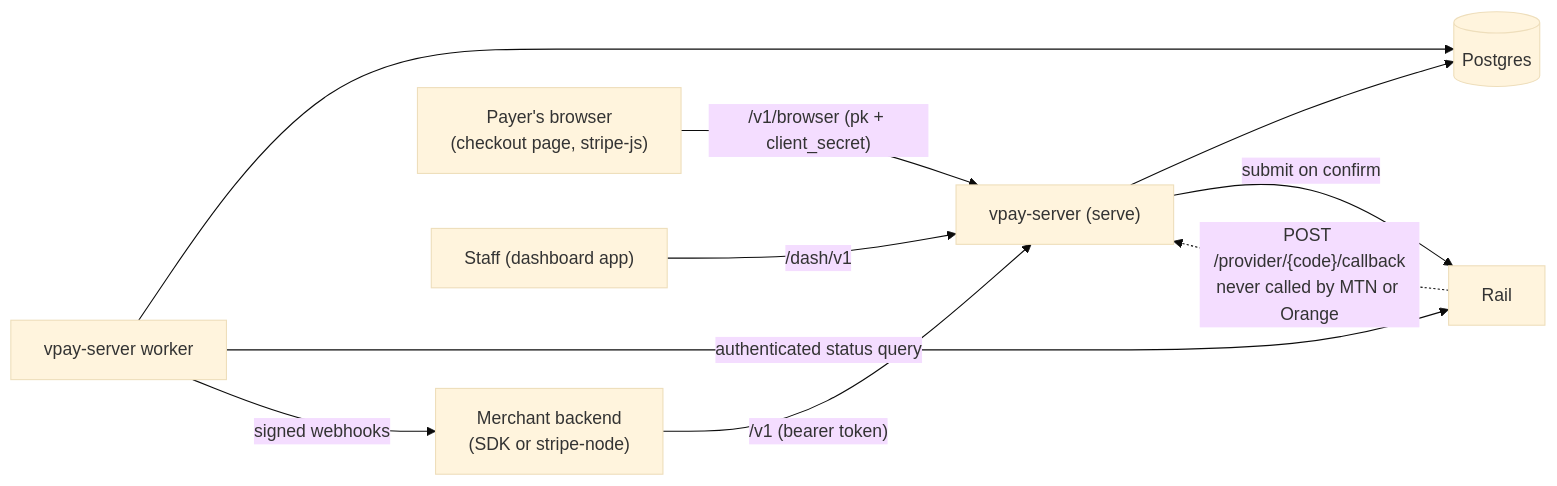
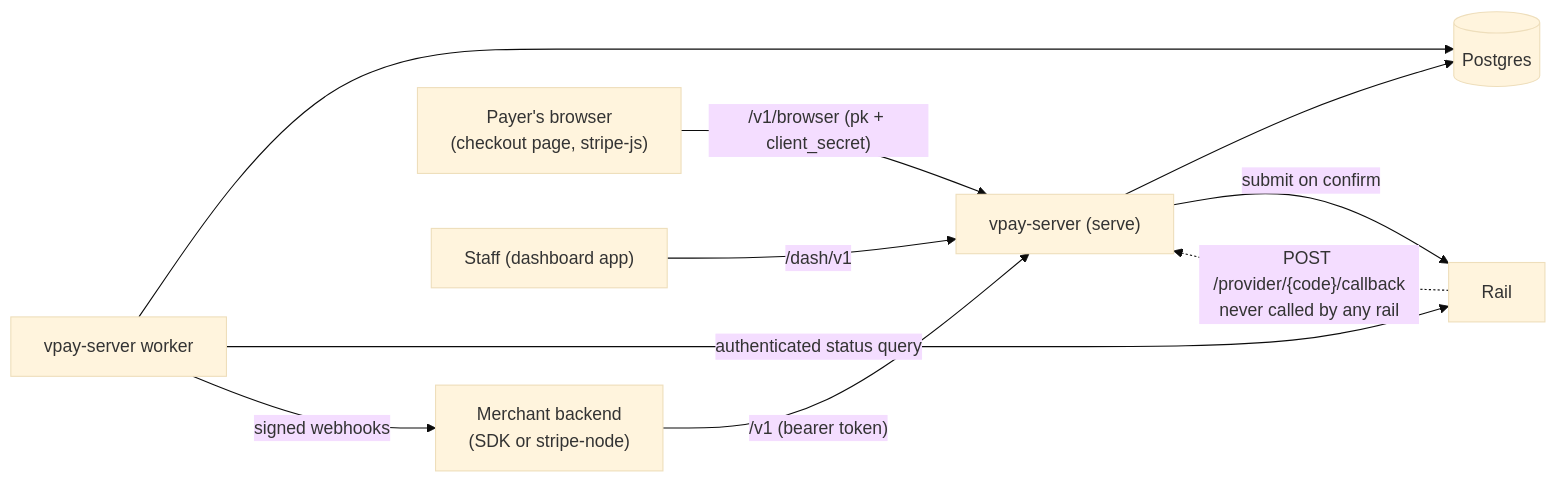
One commit to vaam-apps/vpay-docs changed the second of 3 diagrams in docs/guide/what-is-vpay.md. Above: the diagram before and after it, drawn with Mermaid (base theme). The commit also changed other lines of this file and 36 other files, not shown here.

````diff
--- a/docs/guide/what-is-vpay.md
+++ b/docs/guide/what-is-vpay.md
@@ -107,12 +112,12 @@
 ```mermaid
 flowchart LR
     M["Merchant backend<br/>(SDK or stripe-node)"] -->|"/v1 (bearer token)"| S
     B["Payer's browser<br/>(checkout page, stripe-js)"] -->|"/v1/browser (pk + client_secret)"| S
     ST["Staff (dashboard app)"] -->|"/dash/v1"| S
-    RL["Rail"] -.->|"POST /provider/{code}/callback<br/>never called by MTN or Orange"| S
+    RL["Rail"] -.->|"POST /provider/{code}/callback<br/>never called by any rail"| S
     S["vpay-server (serve)"] --> DB[("Postgres")]
     WK["vpay-server worker"] --> DB
     S -->|"submit on confirm"| RL
     WK -->|"authenticated status query"| RL
     WK -->|"signed webhooks"| M
 ```
````
